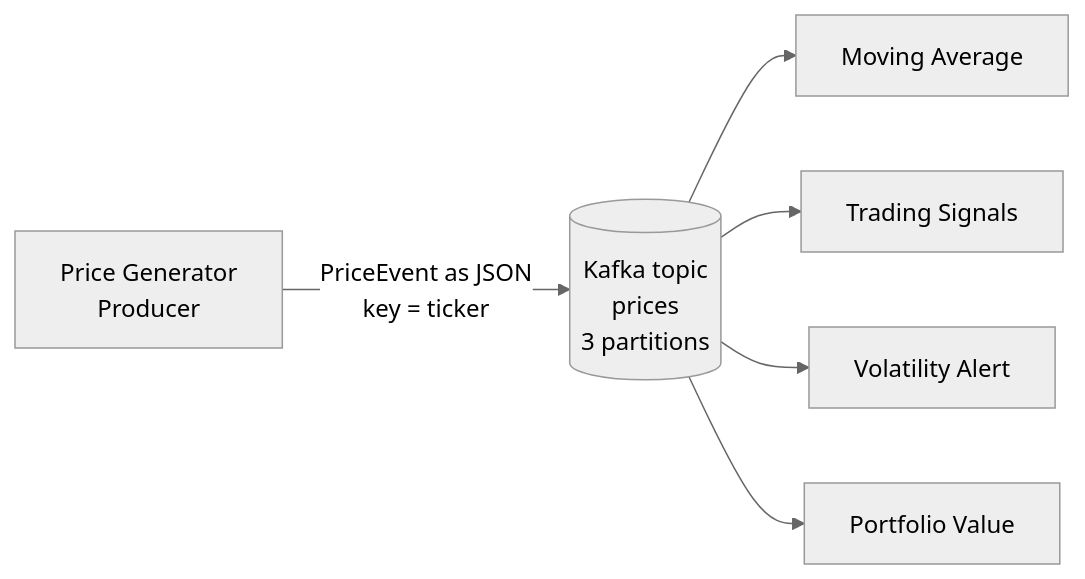
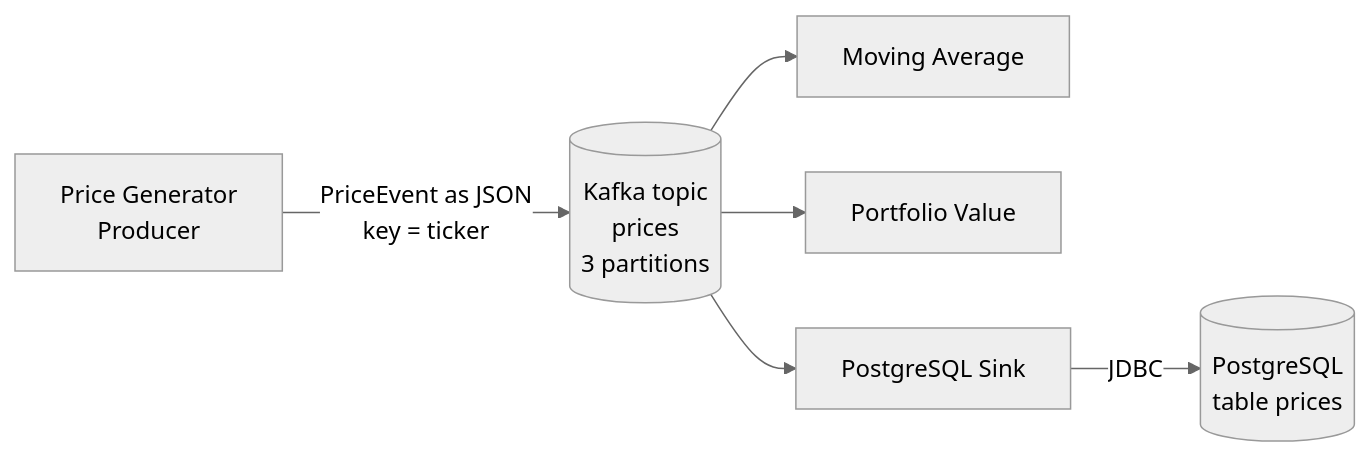
One commit to Sang-TN/kafka-market-stream changed the diagram in README.md. Above: the diagram before and after it, drawn with Mermaid (neutral theme). The commit also changed other lines of this file, not shown here.

First line of the commit message:
Revise README for consumer details and PostgreSQL usage

````diff
--- a/README.md
+++ b/README.md
@@ -15,8 +15,8 @@
 ```mermaid
 flowchart LR
     P[Price Generator<br/>Producer] -->|PriceEvent as JSON<br/>key = ticker| T[(Kafka topic<br/>prices<br/>3 partitions)]
     T --> C1[Moving Average]
-    T --> C2[Trading Signals]
-    T --> C3[Volatility Alert]
-    T --> C4[Portfolio Value]
+    T --> C2[Portfolio Value]
+    T --> C3[PostgreSQL Sink]
+    C3 -->|JDBC| DB[(PostgreSQL<br/>table prices)]
 ```
````
